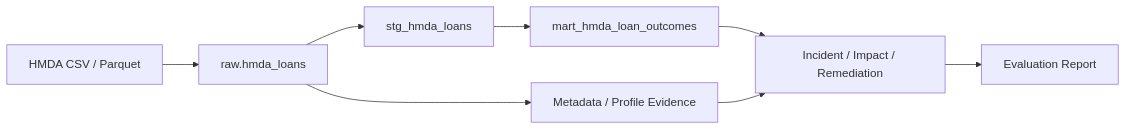
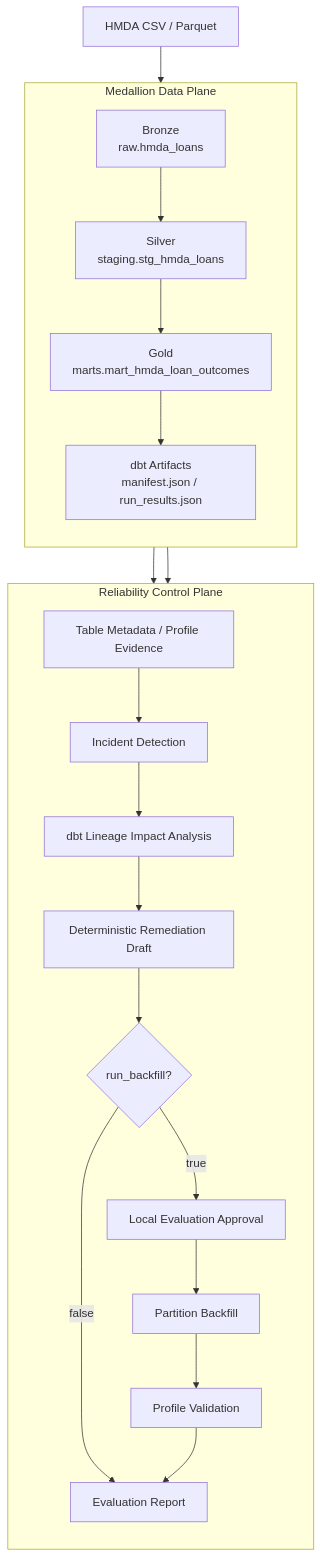
One commit to mols3131d/hmda-data-reliability changed the first of 2 diagrams in docs/architecture.md. Above: the diagram before and after it, drawn with Mermaid. The commit also changed other lines of this file and 1 other file, not shown here.

Commit message:
docs: update architecture and vision documentation to reflect current project trajectory

````diff
--- a/docs/architecture.md
+++ b/docs/architecture.md
@@ -9,16 +21,35 @@
 ```mermaid
-flowchart LR
+flowchart TB
     files[HMDA CSV / Parquet]
-    raw[raw.hmda_loans]
-    staging[stg_hmda_loans]
-    mart[mart_hmda_loan_outcomes]
-    evidence[Metadata / Profile Evidence]
-    incident[Incident / Impact / Remediation]
-    report[Evaluation Report]
 
-    files --> raw
-    raw --> staging --> mart
-    raw --> evidence
-    mart --> incident
-    evidence --> incident --> report
+    subgraph dataPlane[Medallion Data Plane]
+        direction TB
+        bronze[Bronze<br/>raw.hmda_loans]
+        silver[Silver<br/>staging.stg_hmda_loans]
+        gold[Gold<br/>marts.mart_hmda_loan_outcomes]
+        artifacts[dbt Artifacts<br/>manifest.json / run_results.json]
+
+        bronze --> silver --> gold --> artifacts
+    end
+
+    subgraph controlPlane[Reliability Control Plane]
+        direction TB
+        evidence[Table Metadata / Profile Evidence]
+        detection[Incident Detection]
+        impact[dbt Lineage Impact Analysis]
+        remediation[Deterministic Remediation Draft]
+        recovery{run_backfill?}
+        approval[Local Evaluation Approval]
+        backfill[Partition Backfill]
+        validation[Profile Validation]
+        report[Evaluation Report]
+
+        evidence --> detection --> impact --> remediation --> recovery
+        recovery -- false --> report
+        recovery -- true --> approval --> backfill --> validation --> report
+    end
+
+    files --> bronze
+    bronze --> evidence
+    artifacts --> impact
 ```
````
